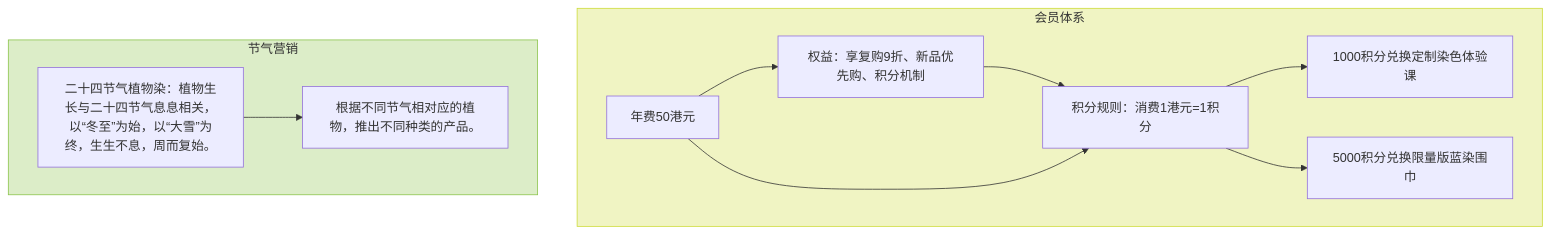
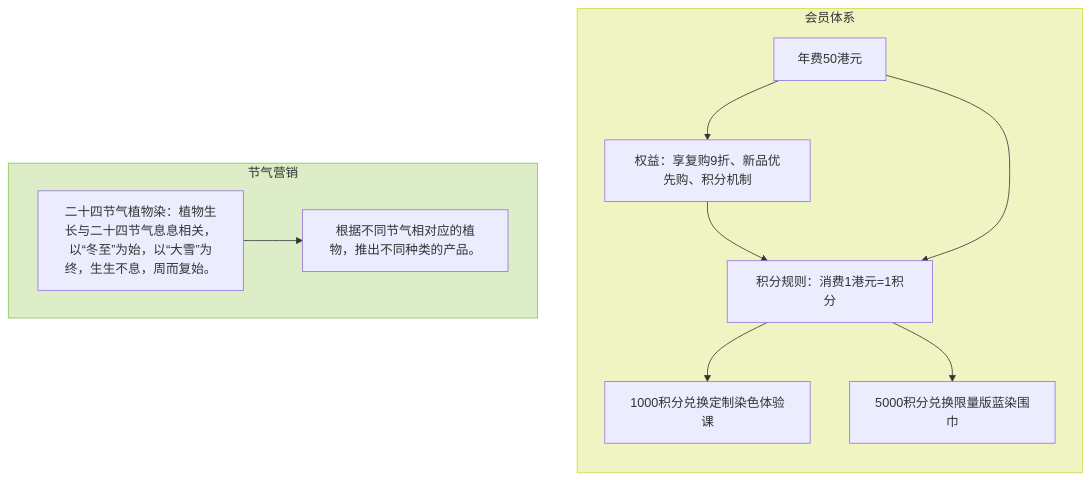
Before and after one commit to NaturalRice/git-demo: the fourth of 4 diagrams in README.md, drawn with Mermaid.

````diff
--- a/README.md
+++ b/README.md
@@ -42,15 +42,17 @@
 ```mermaid
 flowchart TB
     subgraph 会员体系
+        direction TB
         A[年费50港元] --> B["权益：享复购9折、新品优先购、积分机制"]
         B --> C
         A --> C["积分规则：消费1港元=1积分"]
         C --> D["1000积分兑换定制染色体验课"]
         C --> E["5000积分兑换限量版蓝染围巾"]
     end
     subgraph 节气营销
+        direction LR
         F["二十四节气植物染：植物生长与二十四节气息息相关，以“冬至”为始，以“大雪”为终，生生不息，周而复始。"] --> G["根据不同节气相对应的植物，推出不同种类的产品。"]
     end
     style 会员体系 fill:#f0f4c3,stroke:#cddc39
     style 节气营销 fill:#dcedc8,stroke:#8bc34a
 ```
````
